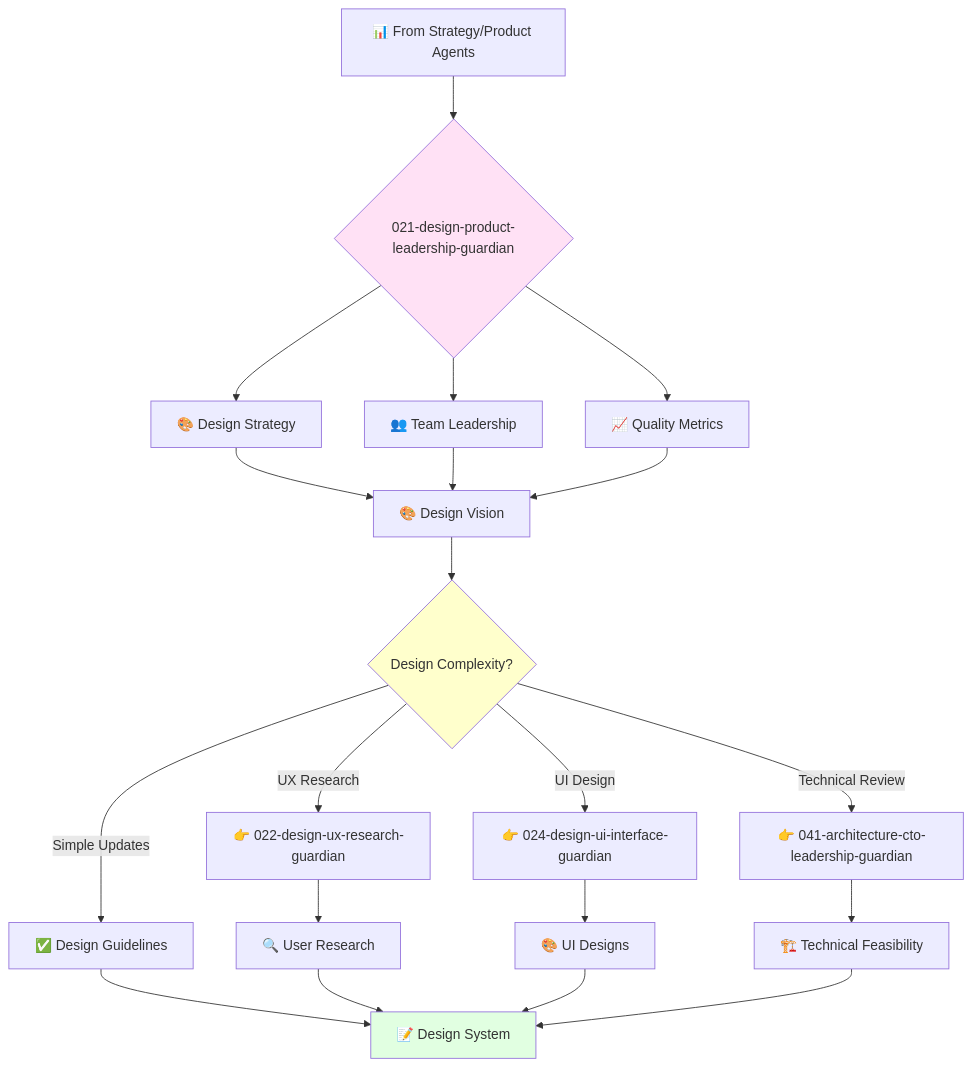
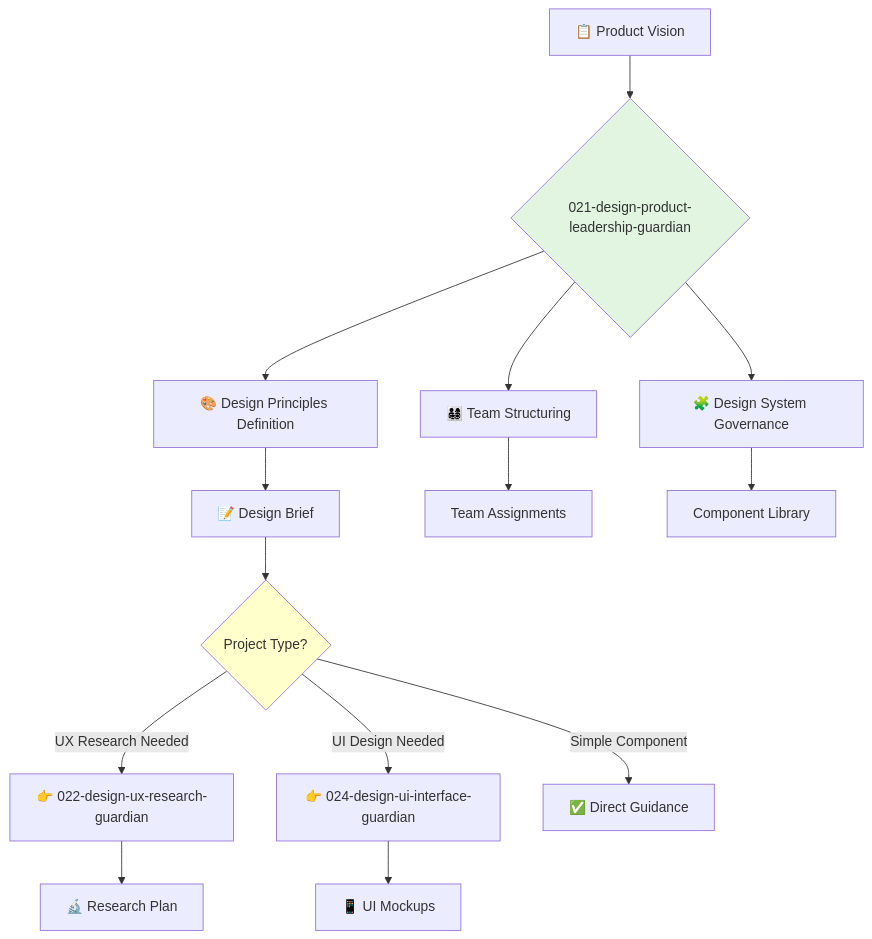
Before and after one commit to kairin/claude-guardian-agents: the diagram in 1-product/2-product-design/021-design-product-leadership-guardian.md, drawn with Mermaid. The commit also changed other lines of this file and 42 other files, not shown here.

````diff
--- a/1-product/2-product-design/021-design-product-leadership-guardian.md
+++ b/1-product/2-product-design/021-design-product-leadership-guardian.md
@@ -58,30 +73,22 @@
 ```mermaid
 flowchart TD
-    A[📊 From Strategy/Product Agents] --> B{021-design-product-leadership-guardian}
-    B --> C[🎨 Design Strategy]
-    B --> D[👥 Team Leadership]
-    B --> E[📈 Quality Metrics]
-    
-    C --> F[🎨 Design Vision]
-    D --> F
-    E --> F
-    
-    F --> G{Design Complexity?}
-    G -->|UX Research| H[👉 022-design-ux-research-guardian]
-    G -->|UI Design| I[👉 024-design-ui-interface-guardian]
-    G -->|Technical Review| J[👉 041-architecture-cto-leadership-guardian]
-    G -->|Simple Updates| K[✅ Design Guidelines]
-    
-    H --> L[🔍 User Research]
-    I --> M[🎨 UI Designs]
-    J --> N[🏗️ Technical Feasibility]
-    K --> O[📝 Design System]
-    
-    L --> O
-    M --> O
-    N --> O
-    
-    style B fill:#ffe1f5
-    style G fill:#ffffcc
-    style O fill:#e1ffe1
+    A[📋 Product Vision] --> B{021-design-product-leadership-guardian}
+    B --> C[🎨 Design Principles Definition]
+    B --> D[👨‍👩‍👧‍👦 Team Structuring]
+    B --> E[🧩 Design System Governance]
+
+    C --> F[📝 Design Brief]
+    D --> G[Team Assignments]
+    E --> H[Component Library]
+
+    F --> I{Project Type?}
+    I -->|UX Research Needed| J[👉 022-design-ux-research-guardian]
+    I -->|UI Design Needed| K[👉 024-design-ui-interface-guardian]
+    I -->|Simple Component| L[✅ Direct Guidance]
+
+    J --> M[🔬 Research Plan]
+    K --> N[📱 UI Mockups]
+
+    style B fill:#e1f5e1
+    style I fill:#ffffcc
 ```
````
